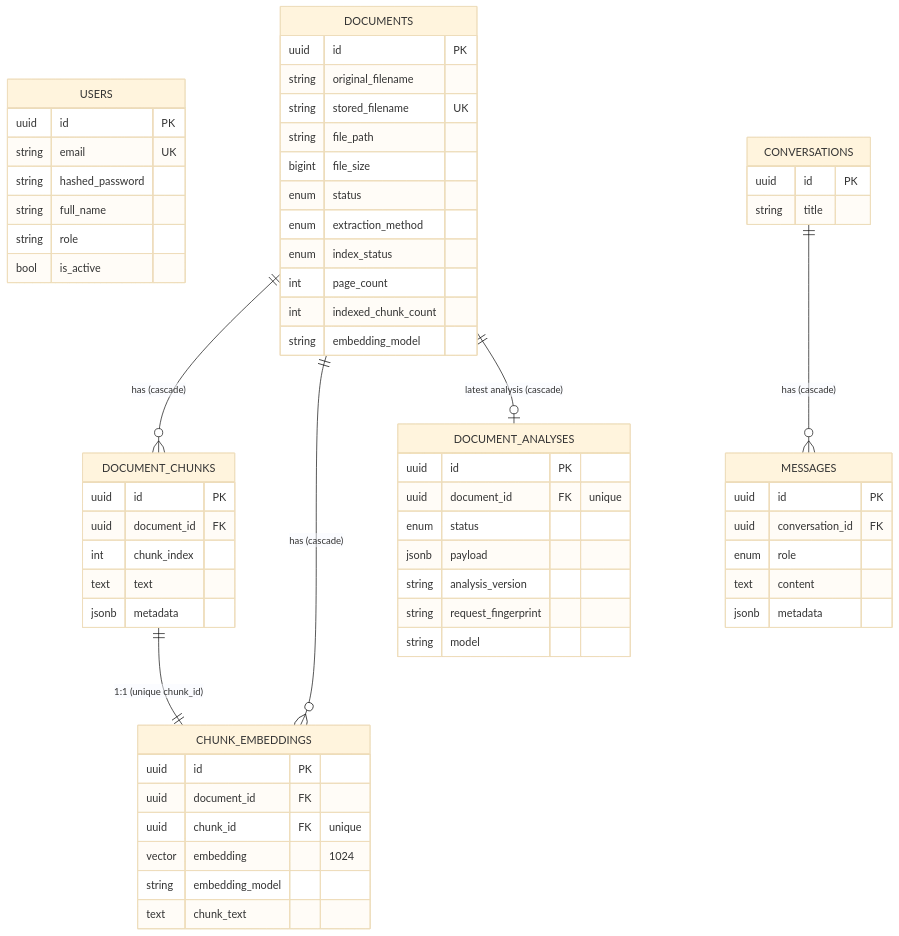
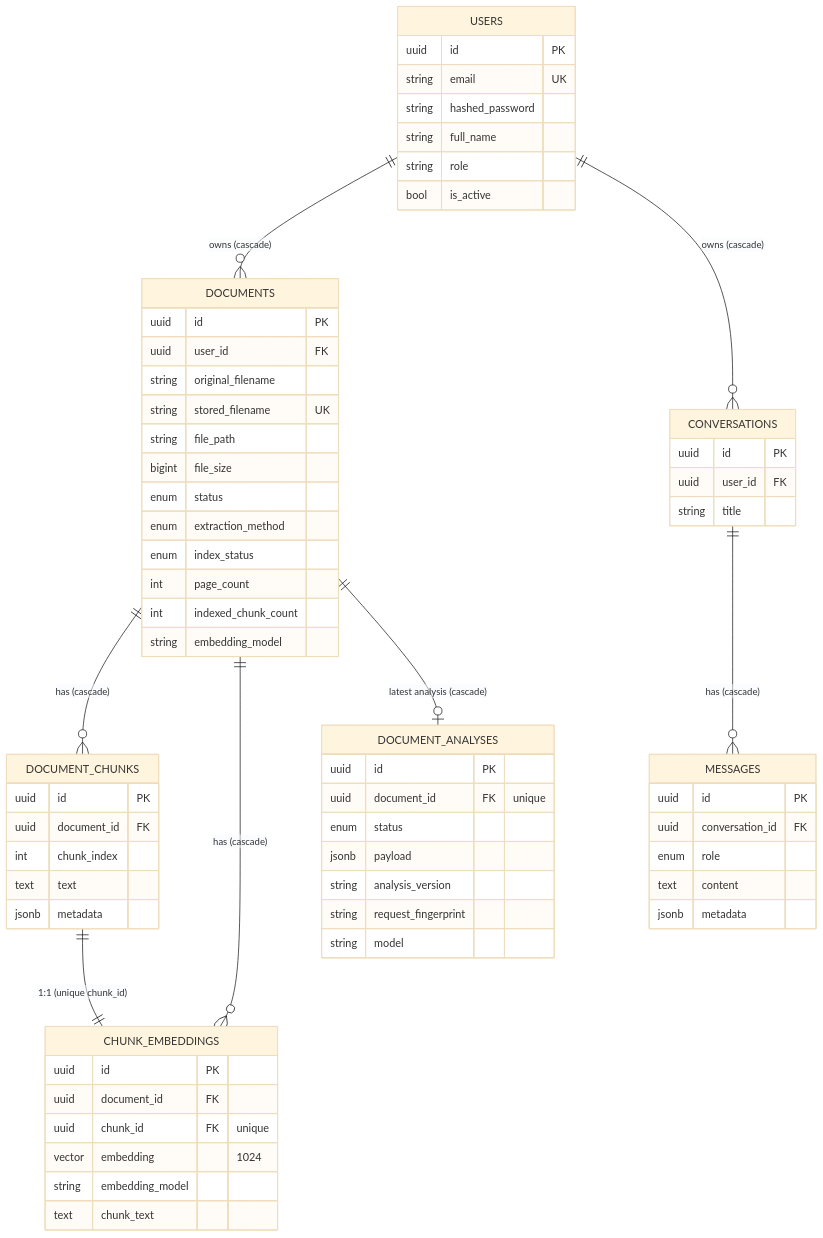
One commit to maha-mrrk/LegaLinkk changed the third of 12 diagrams in docs/ARCHITECTURE.md. Above: the diagram before and after it, drawn with Mermaid (base theme). The commit also changed other lines of this file and 29 other files, not shown here.

````diff
--- a/docs/ARCHITECTURE.md
+++ b/docs/ARCHITECTURE.md
@@ -355,65 +359,69 @@
 ```mermaid
 erDiagram
   USERS {
     uuid id PK
     string email UK
     string hashed_password
     string full_name
     string role
     bool is_active
   }
   DOCUMENTS {
     uuid id PK
+    uuid user_id FK
     string original_filename
     string stored_filename UK
     string file_path
     bigint file_size
     enum status
     enum extraction_method
     enum index_status
     int page_count
     int indexed_chunk_count
     string embedding_model
   }
   DOCUMENT_ANALYSES {
     uuid id PK
     uuid document_id FK "unique"
     enum status
     jsonb payload
     string analysis_version
     string request_fingerprint
     string model
   }
   DOCUMENT_CHUNKS {
     uuid id PK
     uuid document_id FK
     int chunk_index
     text text
     jsonb metadata
   }
   CHUNK_EMBEDDINGS {
     uuid id PK
     uuid document_id FK
     uuid chunk_id FK "unique"
     vector embedding "1024"
     string embedding_model
     text chunk_text
   }
   CONVERSATIONS {
     uuid id PK
+    uuid user_id FK
     string title
   }
   MESSAGES {
     uuid id PK
     uuid conversation_id FK
     enum role
     text content
     jsonb metadata
   }
 
+  USERS ||--o{ DOCUMENTS : "owns (cascade)"
+  USERS ||--o{ CONVERSATIONS : "owns (cascade)"
   DOCUMENTS ||--o{ DOCUMENT_CHUNKS : "has (cascade)"
   DOCUMENTS ||--o{ CHUNK_EMBEDDINGS : "has (cascade)"
   DOCUMENTS ||--o| DOCUMENT_ANALYSES : "latest analysis (cascade)"
   DOCUMENT_CHUNKS ||--|| CHUNK_EMBEDDINGS : "1:1 (unique chunk_id)"
   CONVERSATIONS ||--o{ MESSAGES : "has (cascade)"
 ```
````
